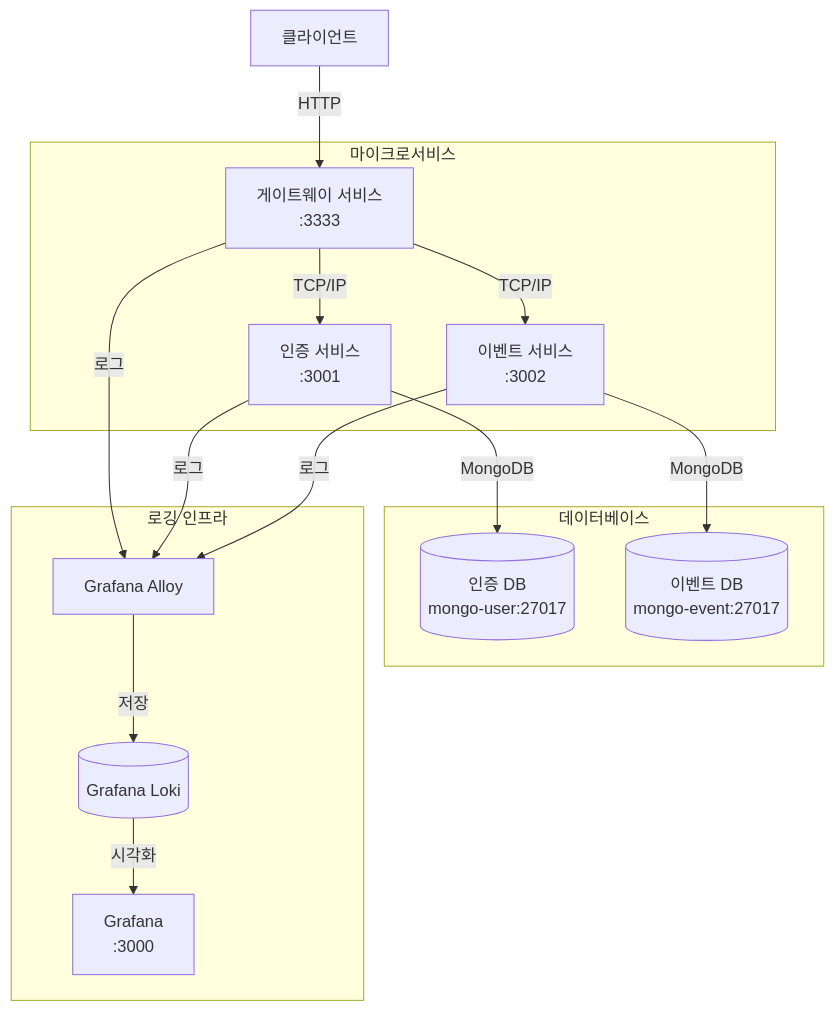
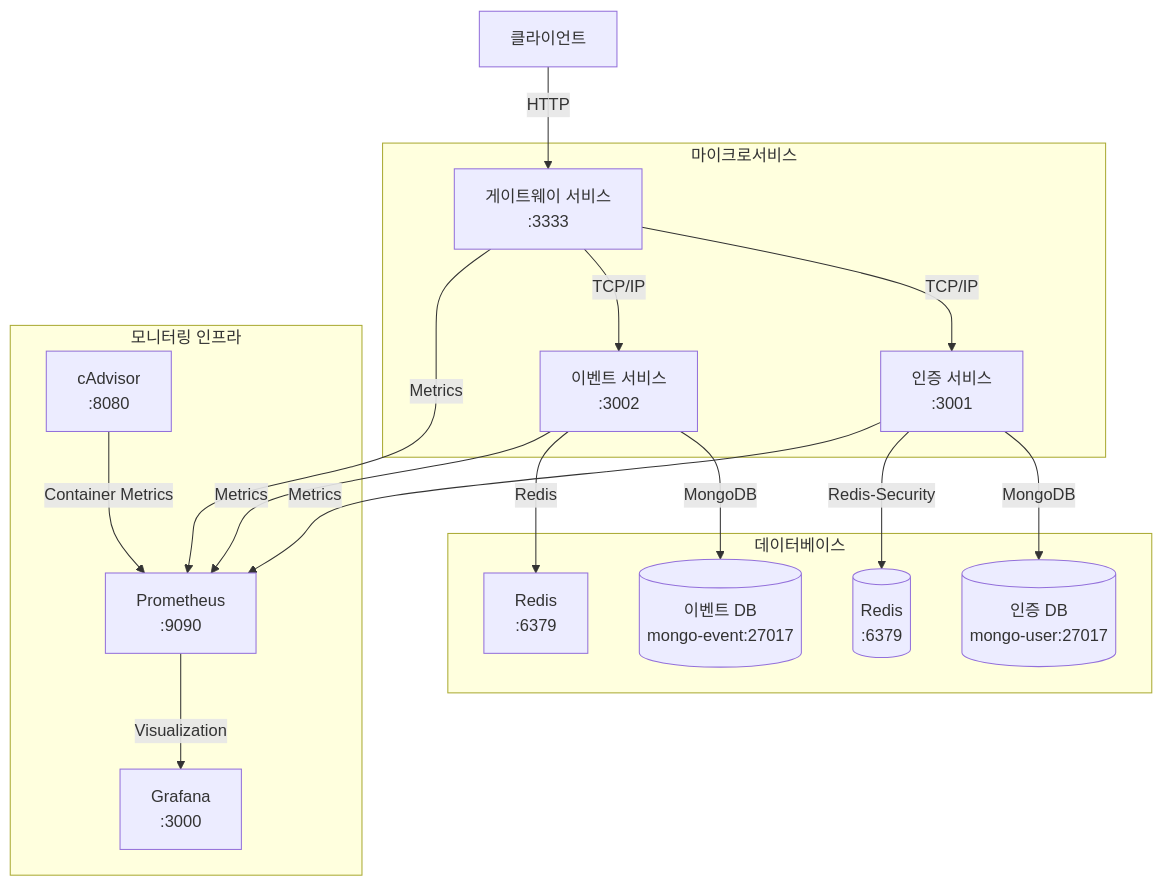
One commit to heozeop/event-server changed the diagram in README.md. Above: the diagram before and after it, drawn with Mermaid. The commit also changed other lines of this file, not shown here.

````diff
--- a/README.md
+++ b/README.md
@@ -25,22 +24,24 @@
 ```mermaid
 graph TD
     Client[클라이언트] -->|HTTP| GW[게이트웨이 서비스\n:3333]
 
     subgraph "마이크로서비스"
         GW -->|TCP/IP| Auth[인증 서비스\n:3001]
         GW -->|TCP/IP| Event[이벤트 서비스\n:3002]
     end
 
     subgraph "데이터베이스"
         Auth -->|MongoDB| AuthDB[(인증 DB\nmongo-user:27017)]
         Event -->|MongoDB| EventDB[(이벤트 DB\nmongo-event:27017)]
+        Auth -->|Redis-Security| Redis-Security[(Redis\n:6379)]
+        Event -->|Redis| Redis[Redis\n:6379]
     end
 
-    subgraph "로깅 인프라"
-        GW -->|로그| Alloy[Grafana Alloy]
-        Auth -->|로그| Alloy
-        Event -->|로그| Alloy
-        Alloy -->|저장| Loki[(Grafana Loki)]
-        Loki -->|시각화| Grafana[Grafana\n:3000]
+    subgraph "모니터링 인프라"
+        GW -->|Metrics| Prometheus[Prometheus\n:9090]
+        Auth -->|Metrics| Prometheus
+        Event -->|Metrics| Prometheus
+        Prometheus -->|Visualization| Grafana[Grafana\n:3000]
+        cadvisor[cAdvisor\n:8080] -->|Container Metrics| Prometheus
     end
 ```
````
